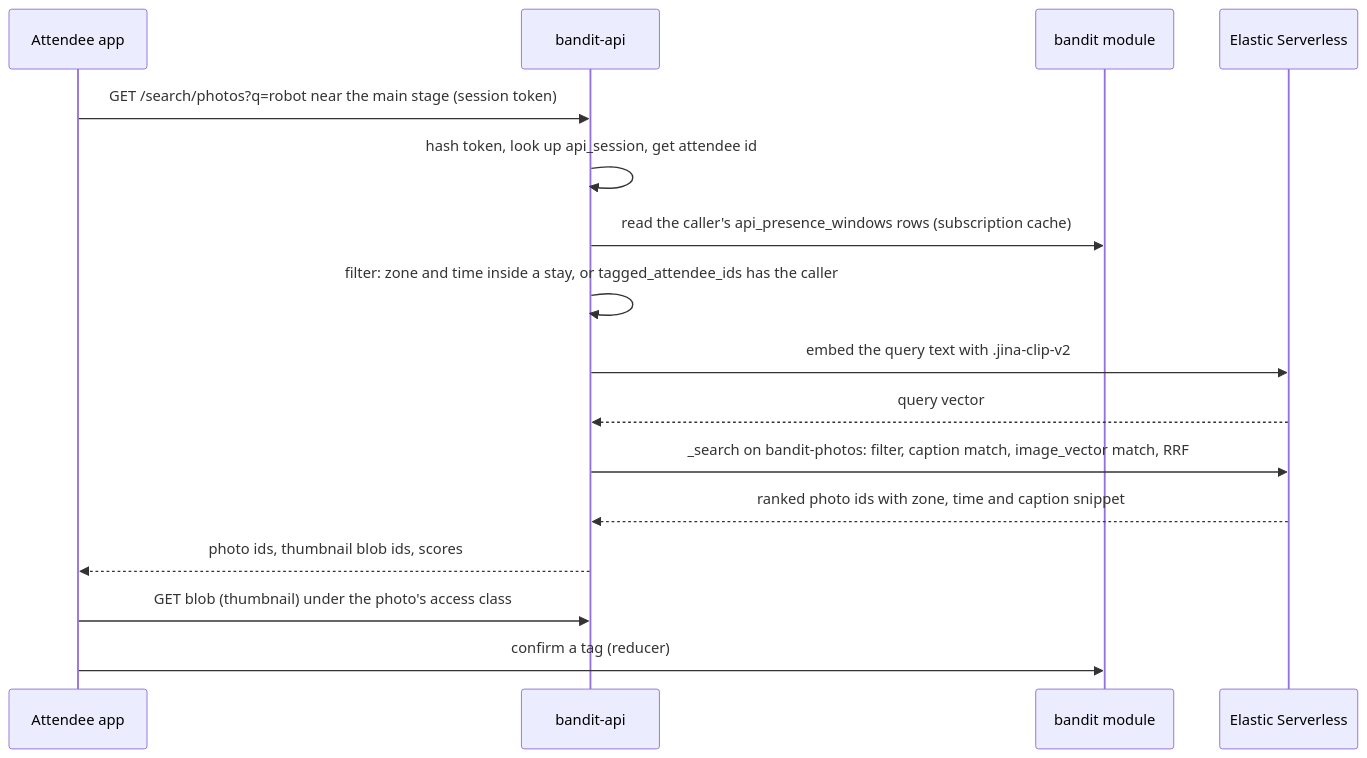
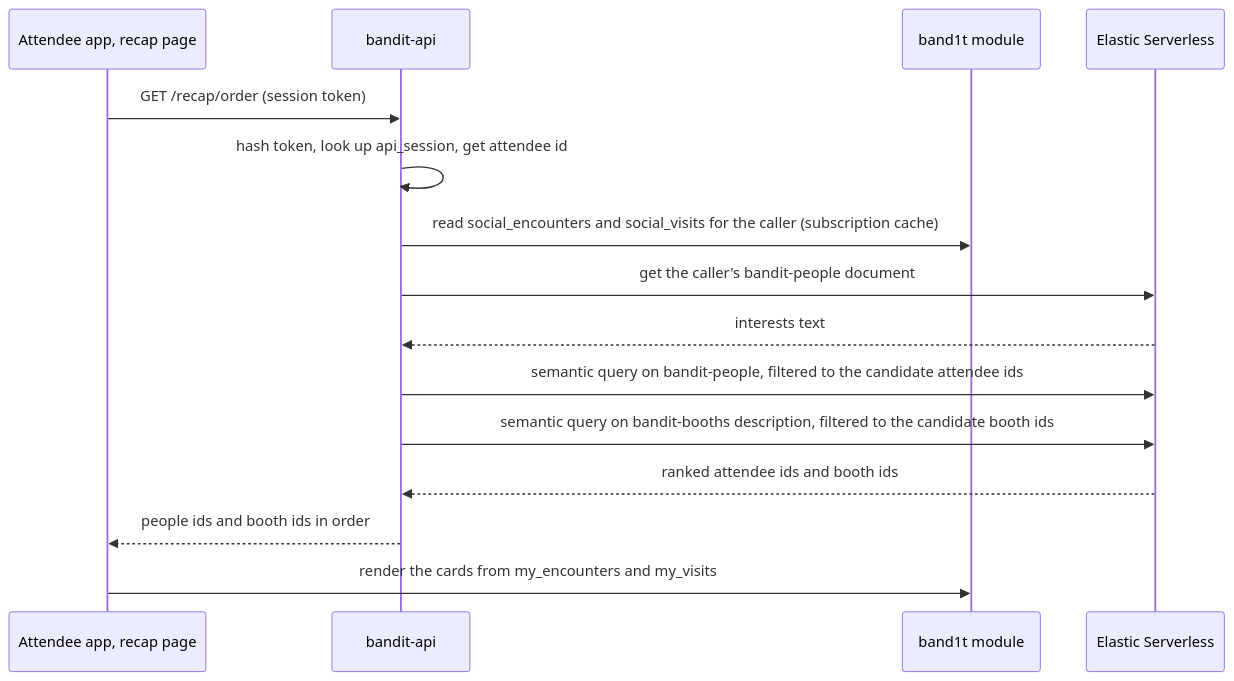
The fourth of 5 diagrams in System Design/7-integrations/Elastic.md (viktorinkov/cal-hacks-13), drawn with Mermaid before and after one commit. The commit also changed other lines of this file and 21 other files, not shown here.

````diff
--- a/System Design/7-integrations/Elastic.md
+++ b/System Design/7-integrations/Elastic.md
@@ -323,18 +297,17 @@
 ```mermaid
 sequenceDiagram
-  participant APP as Attendee app
+  participant APP as Attendee app, recap page
   participant API as bandit-api
-  participant STDB as bandit module
+  participant STDB as band1t module
   participant ES as Elastic Serverless
-  APP->>API: GET /search/photos?q=robot near the main stage (session token)
+  APP->>API: GET /recap/order (session token)
   API->>API: hash token, look up api_session, get attendee id
-  API->>STDB: read the caller's api_presence_windows rows (subscription cache)
-  API->>API: filter: zone and time inside a stay, or tagged_attendee_ids has the caller
-  API->>ES: embed the query text with .jina-clip-v2
-  ES-->>API: query vector
-  API->>ES: _search on bandit-photos: filter, caption match, image_vector match, RRF
-  ES-->>API: ranked photo ids with zone, time and caption snippet
-  API-->>APP: photo ids, thumbnail blob ids, scores
-  APP->>API: GET blob (thumbnail) under the photo's access class
-  APP->>STDB: confirm a tag (reducer)
+  API->>STDB: read social_encounters and social_visits for the caller (subscription cache)
+  API->>ES: get the caller's bandit-people document
+  ES-->>API: interests text
+  API->>ES: semantic query on bandit-people, filtered to the candidate attendee ids
+  API->>ES: semantic query on bandit-booths description, filtered to the candidate booth ids
+  ES-->>API: ranked attendee ids and booth ids
+  API-->>APP: people ids and booth ids in order
+  APP->>STDB: render the cards from my_encounters and my_visits
 ```
````
